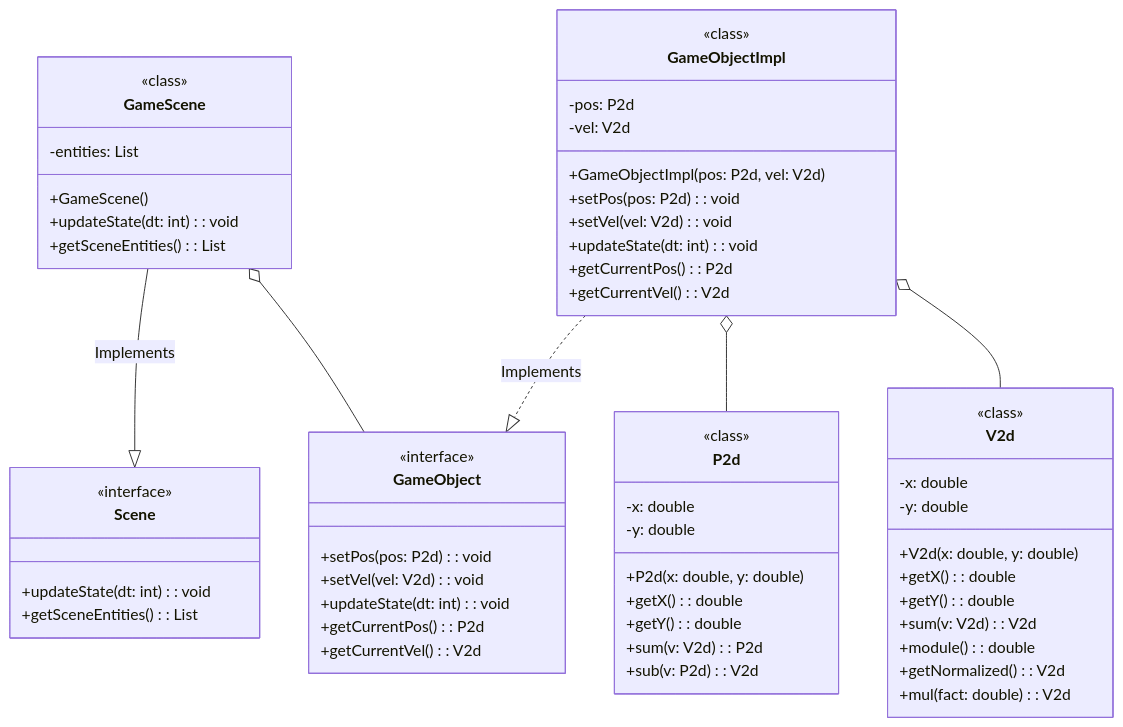
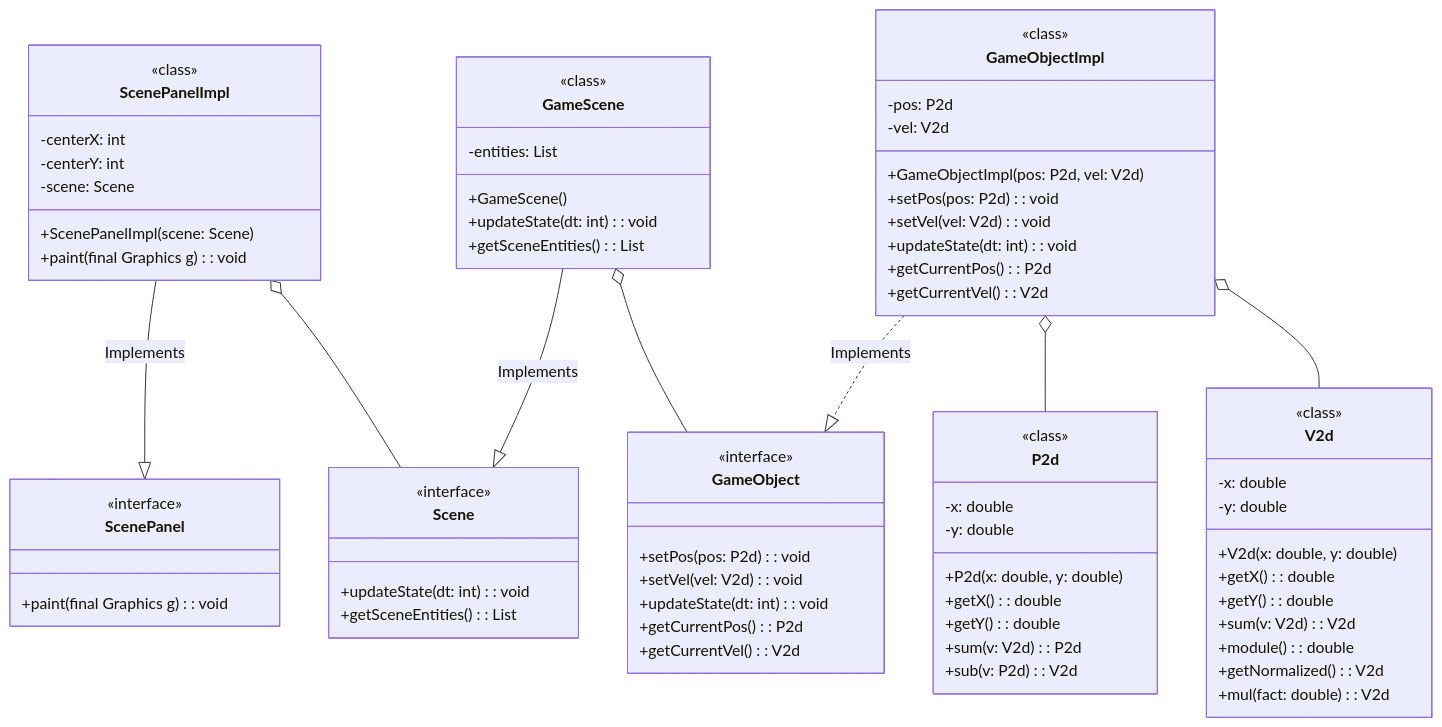
The second of 3 diagrams in README.md (GiuseppeGambacorta/2DGameEngine), drawn with Mermaid before and after one commit. The commit also changed other lines of this file, not shown here.

```diff
--- a/README.md
+++ b/README.md
@@ -123,6 +123,24 @@
   +mul(fact: double): V2d
 }
 
+class ScenePanel{
+  <<interface>>
+  +paint(final Graphics g): void
+}
+
+class ScenePanelImpl{
+  <<class>>
+  -centerX: int
+  -centerY: int
+  -scene: Scene
+  +ScenePanelImpl(scene: Scene)
+  +paint(final Graphics g): void
+}
+
+
+ScenePanelImpl --|> ScenePanel : Implements
+ScenePanelImpl o-- Scene
+
 
 GameScene --|> Scene : Implements
 GameScene o-- GameObject
```
